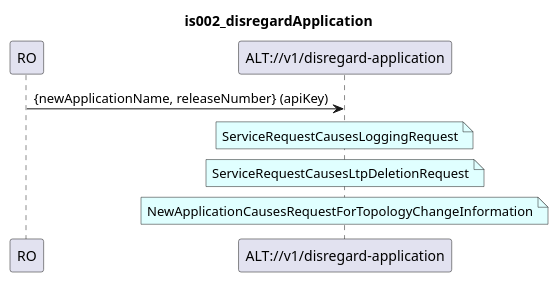
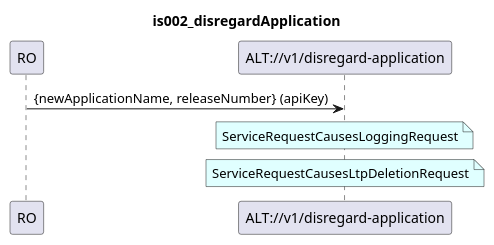
The diagram in spec/diagrams/ServiceView/is002_disregardApplication.plantuml (openBackhaul/ApplicationLayerTopology), drawn with PlantUML before and after one commit. The commit also changed 1 other file, not shown here.

Commit message:
Delete Callback from diagram (fixes #537)

```diff
--- a/spec/diagrams/ServiceView/is002_disregardApplication.plantuml
+++ b/spec/diagrams/ServiceView/is002_disregardApplication.plantuml
@@ -1,25 +1,21 @@
 @startuml is002_disregardApplication
 skinparam responseMessageBelowArrow true
 
 title
 is002_disregardApplication
 end title
 
 participant "RO" as ro
 participant "ALT://v1/disregard-application" as alt
 
 ro -> alt : {newApplicationName, releaseNumber} (apiKey)
 
 note over alt #LightCyan
 ServiceRequestCausesLoggingRequest
 end note
 
 note over alt #LightCyan
 ServiceRequestCausesLtpDeletionRequest
 end note
 
-note over alt #LightCyan
-NewApplicationCausesRequestForTopologyChangeInformation
-end note
-
 @enduml
```
